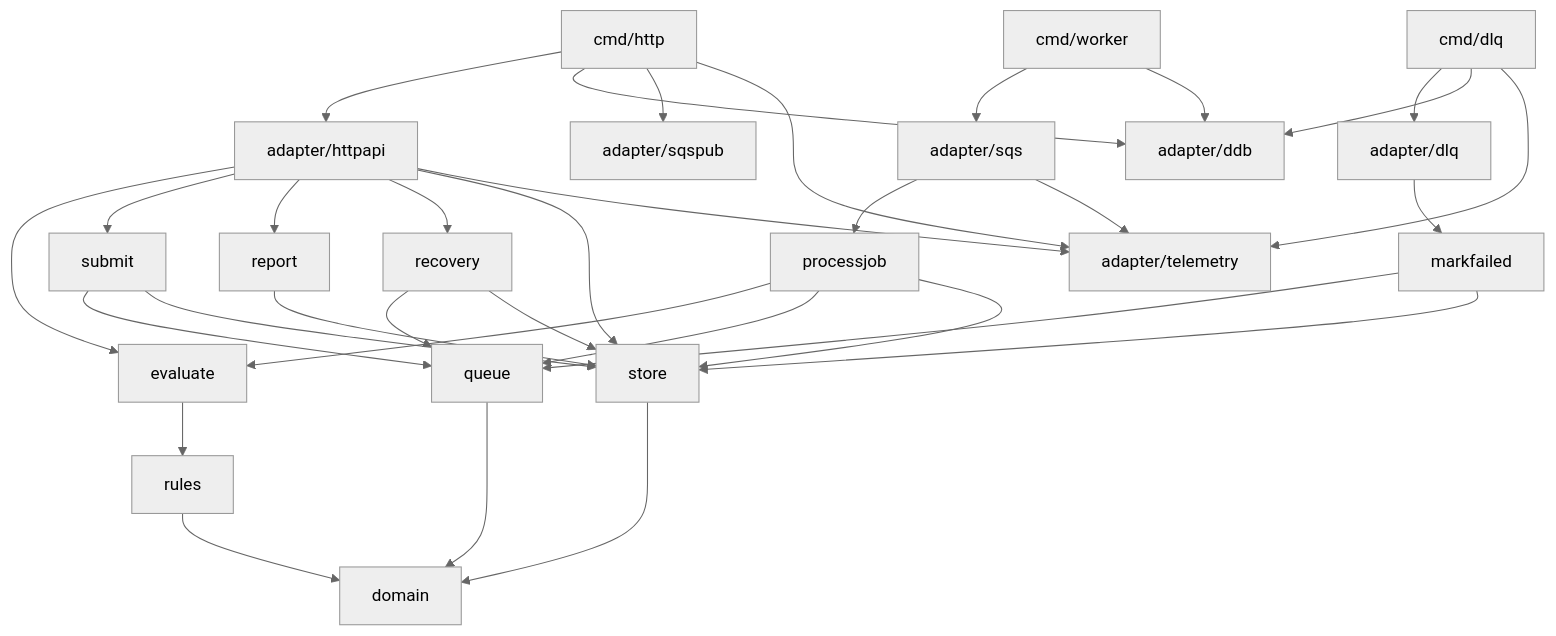
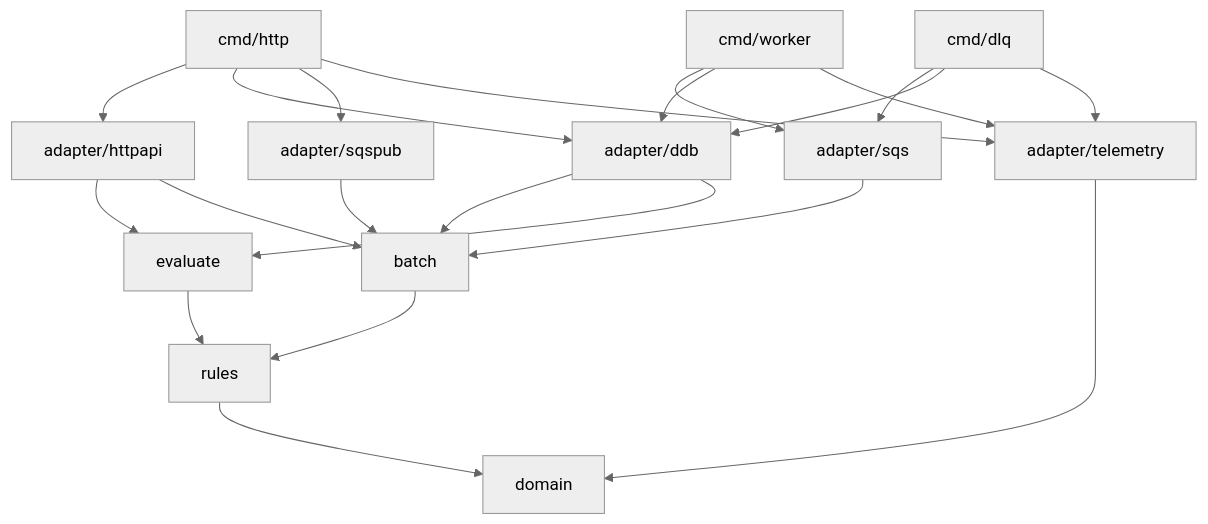
Before and after one commit to vitoladev/credit-card-engine: the third of 4 diagrams in docs/architecture.md, drawn with Mermaid (neutral theme). The commit also changed other lines of this file and 50 other files, not shown here.

First line of the commit message:
refactor(engine): deepen the batch and evaluate modules

````diff
--- a/docs/architecture.md
+++ b/docs/architecture.md
@@ -284,35 +284,23 @@
 ```mermaid
 flowchart TB
   http["cmd/http"] --> httpapi["adapter/httpapi"]
   http --> ddbA["adapter/ddb"]
   http --> pub["adapter/sqspub"]
   http --> tel["adapter/telemetry"]
   worker["cmd/worker"] --> sqs["adapter/sqs"]
   worker --> ddbA
-  dlqCmd["cmd/dlq"] --> dlqA["adapter/dlq"]
+  worker --> tel
+  dlqCmd["cmd/dlq"] --> sqs
   dlqCmd --> ddbA
   dlqCmd --> tel
-  dlqA --> markfailed
-  markfailed --> queue
-  markfailed --> store
   httpapi --> evaluate
-  httpapi --> submit
-  httpapi --> report
-  httpapi --> recovery
-  httpapi --> store
-  httpapi --> tel
-  recovery --> queue
-  recovery --> store
-  submit --> queue["queue"]
-  submit --> store
-  report --> store
-  sqs --> job["processjob"]
-  sqs --> tel
-  job --> evaluate
-  job --> queue
-  job --> store
-  evaluate["evaluate"] --> chain["rules"]
-  chain --> domain["domain"]
-  store --> domain
-  queue --> domain
+  httpapi --> batch
+  sqs --> batch
+  ddbA --> batch
+  ddbA --> evaluate
+  pub --> batch
+  tel --> domain
+  evaluate["evaluate"] --> rules["rules"]
+  batch["batch"] --> rules
+  rules --> domain["domain"]
 ```
````
